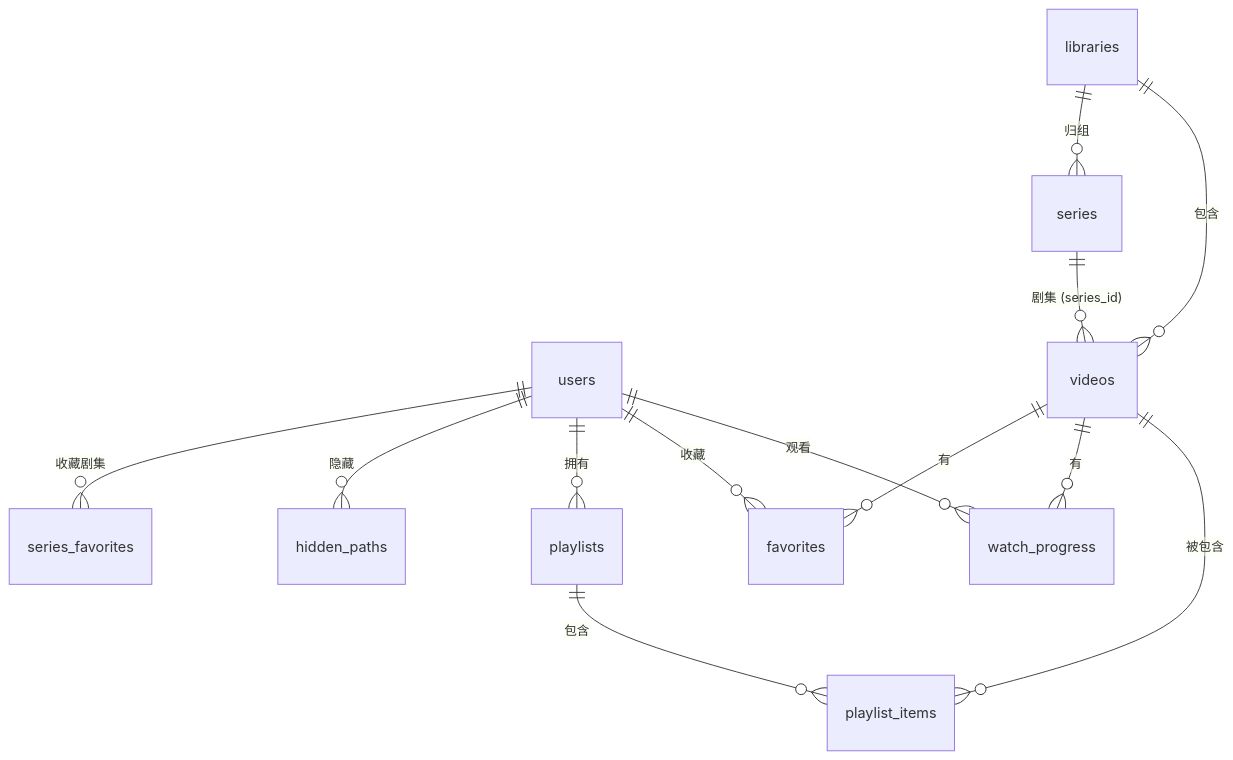
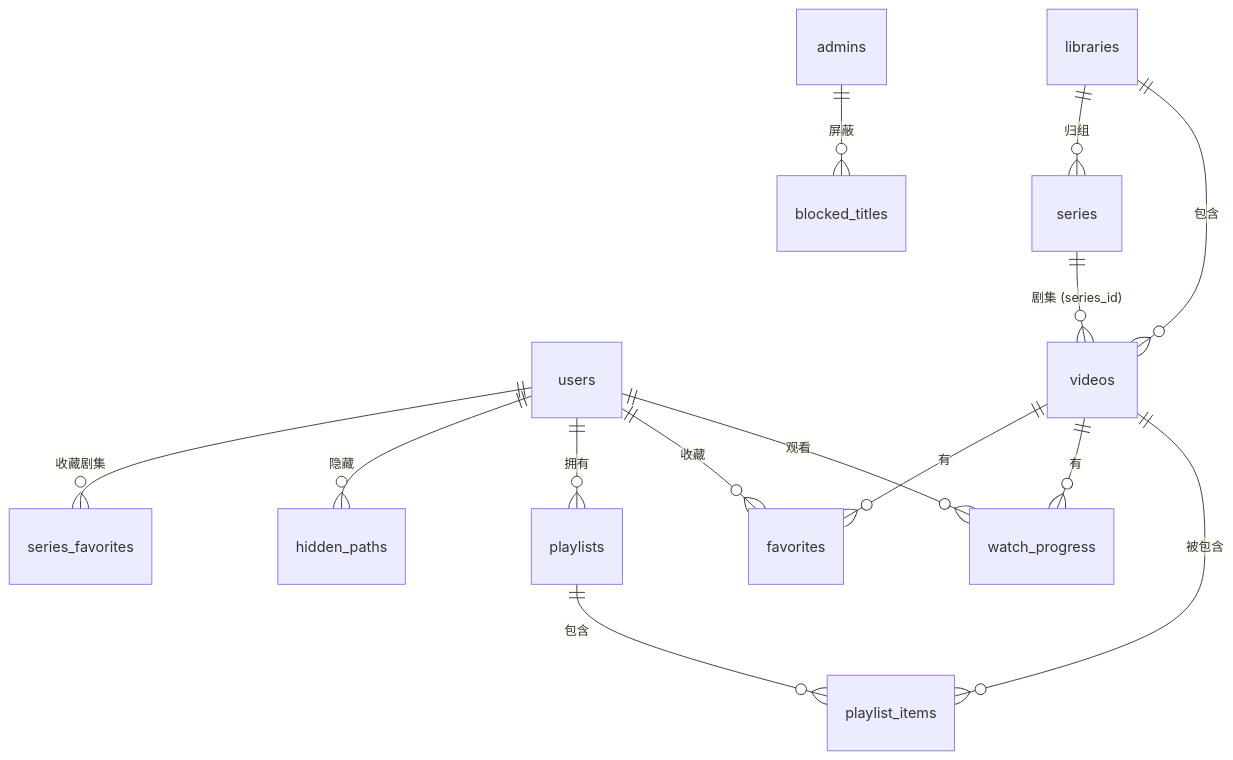
One commit to T-bagwell/videocms changed the second of 4 diagrams in docs/architecture.zh-CN.md. Above: the diagram before and after it, drawn with Mermaid. The commit also changed other lines of this file and 30 other files, not shown here.

````diff
--- a/docs/architecture.zh-CN.md
+++ b/docs/architecture.zh-CN.md
@@ -143,15 +146,16 @@
 ```mermaid
 erDiagram
     users ||--o{ watch_progress : 观看
     users ||--o{ favorites : 收藏
     users ||--o{ playlists : 拥有
     users ||--o{ hidden_paths : 隐藏
     users ||--o{ series_favorites : 收藏剧集
+    admins ||--o{ blocked_titles : 屏蔽
     libraries ||--o{ videos : 包含
     libraries ||--o{ series : 归组
     series ||--o{ videos : "剧集 (series_id)"
     playlists ||--o{ playlist_items : 包含
     videos ||--o{ playlist_items : 被包含
     videos ||--o{ watch_progress : 有
     videos ||--o{ favorites : 有
 ```
````
